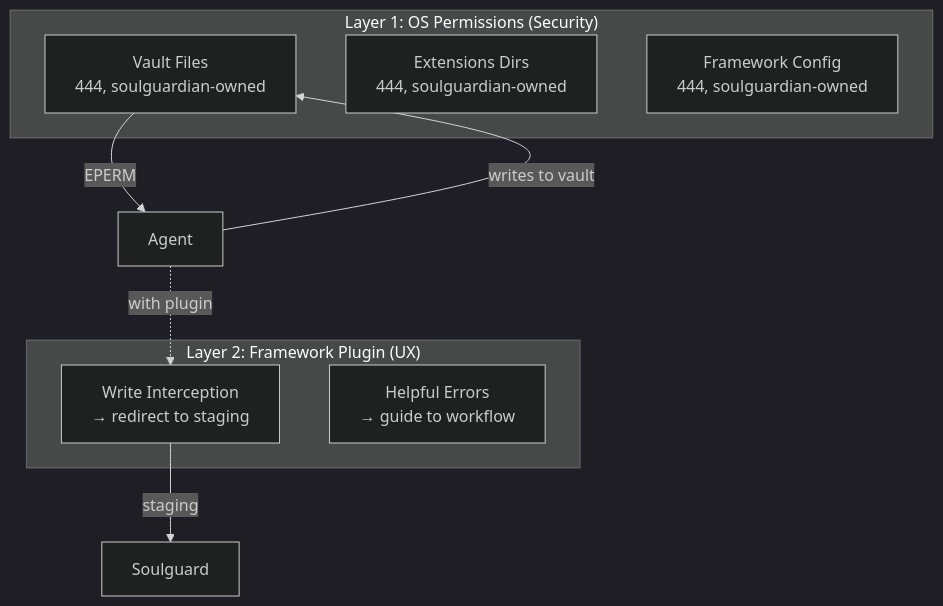
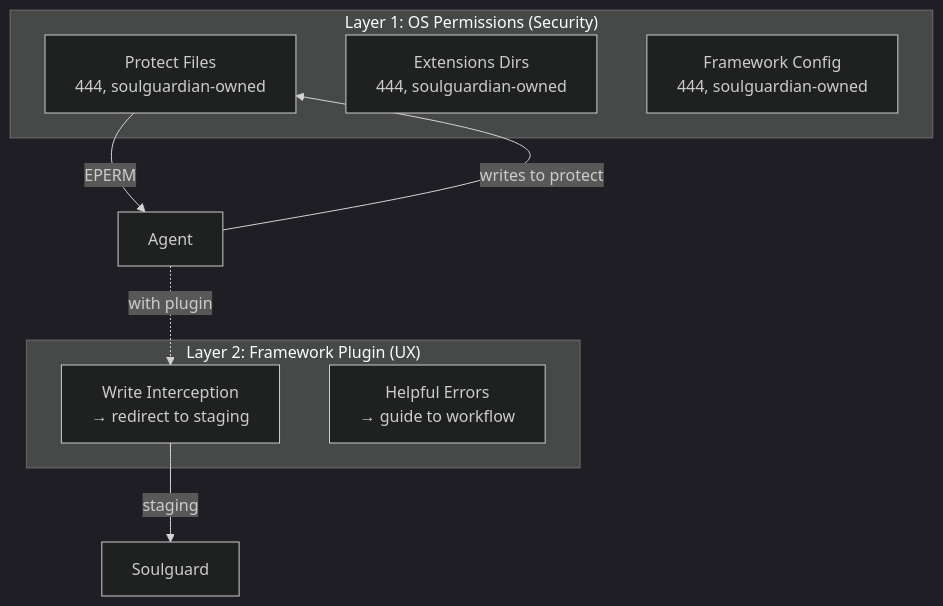
Before and after one commit to Mirascope/soulguard: the first of 3 diagrams in DESIGN.md, drawn with Mermaid (dark theme). The commit also changed other lines of this file and 78 other files, not shown here.

First line of the commit message:
refactor: rename vault/ledger to protect/watch, add version field (#43)

````diff
--- a/DESIGN.md
+++ b/DESIGN.md
@@ -85,18 +85,18 @@
 ```mermaid
 graph TB
     subgraph "Layer 1: OS Permissions (Security)"
-        V[Vault Files<br/>444, soulguardian-owned]
+        V[Protect Files<br/>444, soulguardian-owned]
         E[Extensions Dirs<br/>444, soulguardian-owned]
         C[Framework Config<br/>444, soulguardian-owned]
     end
 
     subgraph "Layer 2: Framework Plugin (UX)"
         FW[Write Interception<br/>→ redirect to staging]
         FE[Helpful Errors<br/>→ guide to workflow]
     end
 
-    A[Agent] -->|writes to vault| V
+    A[Agent] -->|writes to protect| V
     V -->|EPERM| A
     A -.->|with plugin| FW
     FW -->|staging| D[Soulguard]
 ```
````
